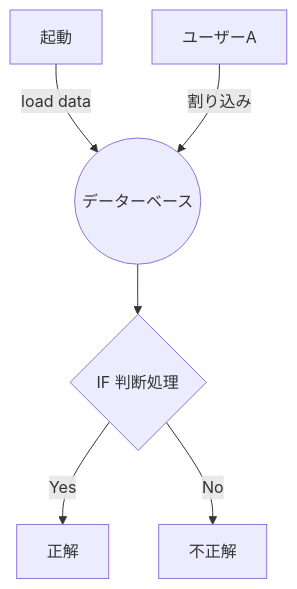
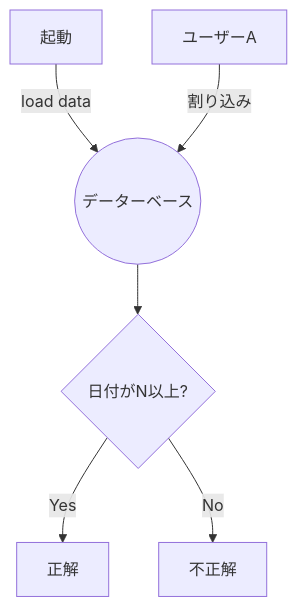
One commit to lamplusoka/train_Muscle changed the second of 2 diagrams in flow.md. Above: the diagram before and after it, drawn with Mermaid. The commit also changed other lines of this file, not shown here.

Commit message:
flow.md updated from https://stackedit.io/

````diff
--- a/flow.md
+++ b/flow.md
@@ -15,8 +13,8 @@
 ```mermaid
 graph TD
 Start[起動] -- load data -->DB((データーベース))
 A[ユーザーA] -- 割り込み --> DB
-DB --> Engine{IF 判断処理}
-Engine -- Yes --> OK[正解]
-Engine -- No --> NG[不正解]
+DB --> IF1{日付がN以上?}
+IF1-- Yes --> OK[正解]
+IF1-- No --> NG[不正解]
 ```
````
